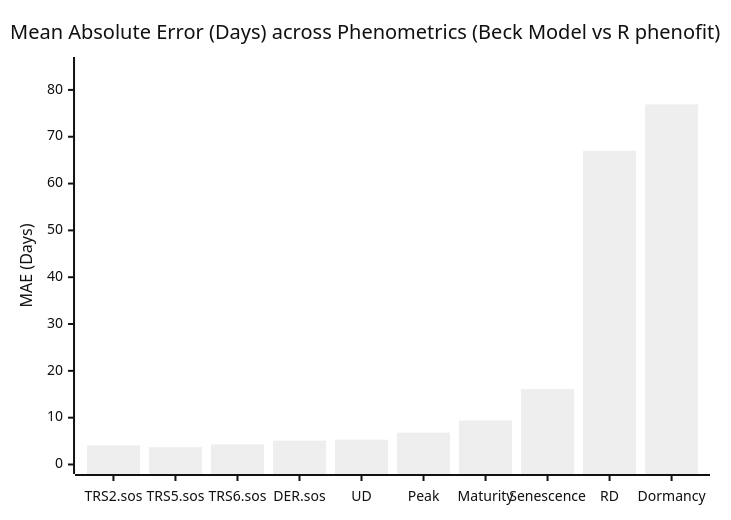
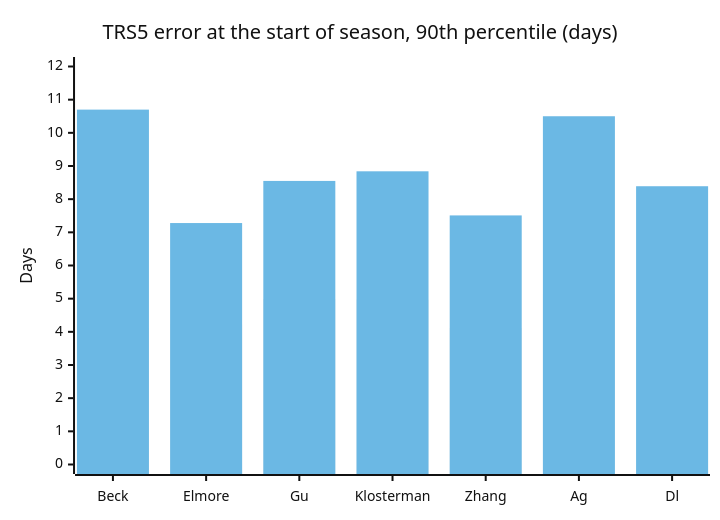
The diagram in docs/benchmarks/fidelity.md (sacridini/zeit-cdts), drawn with Mermaid (neutral theme) before and after one commit. The commit also changed other lines of this file and 71 other files, not shown here.

````diff
--- a/docs/benchmarks/fidelity.md
+++ b/docs/benchmarks/fidelity.md
@@ -137,7 +144,8 @@
 ```mermaid
 xychart-beta
-    title "Mean Absolute Error (Days) across Phenometrics (Beck Model vs R phenofit)"
-    x-axis ["TRS2.sos", "TRS5.sos", "TRS6.sos", "DER.sos", "UD", "Peak", "Maturity", "Senescence", "RD", "Dormancy"]
-    y-axis "MAE (Days)" 0 --> 85
-    bar [4.1, 3.7, 4.3, 5.1, 5.3, 6.8, 9.4, 16.1, 67.0, 76.9]
+    title "TRS5 error at the start of season, 90th percentile (days)"
+    x-axis ["Beck", "Elmore", "Gu", "Klosterman", "Zhang", "Ag", "Dl"]
+    y-axis "Days" 0 --> 12
+    bar [4.12, 4.23, 4.99, 4.97, 4.12, 5.15, 4.15]
+    bar [10.7, 7.28, 8.55, 8.84, 7.51, 10.5, 8.39]
 ```
````
